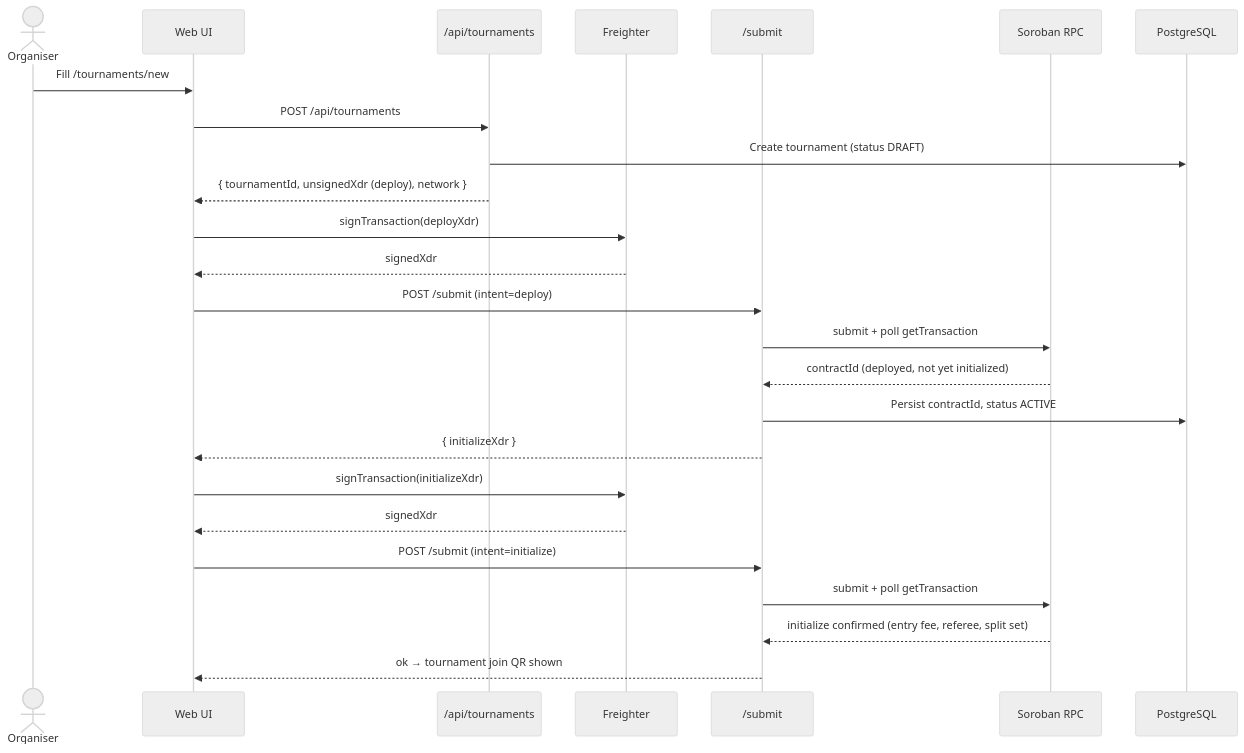
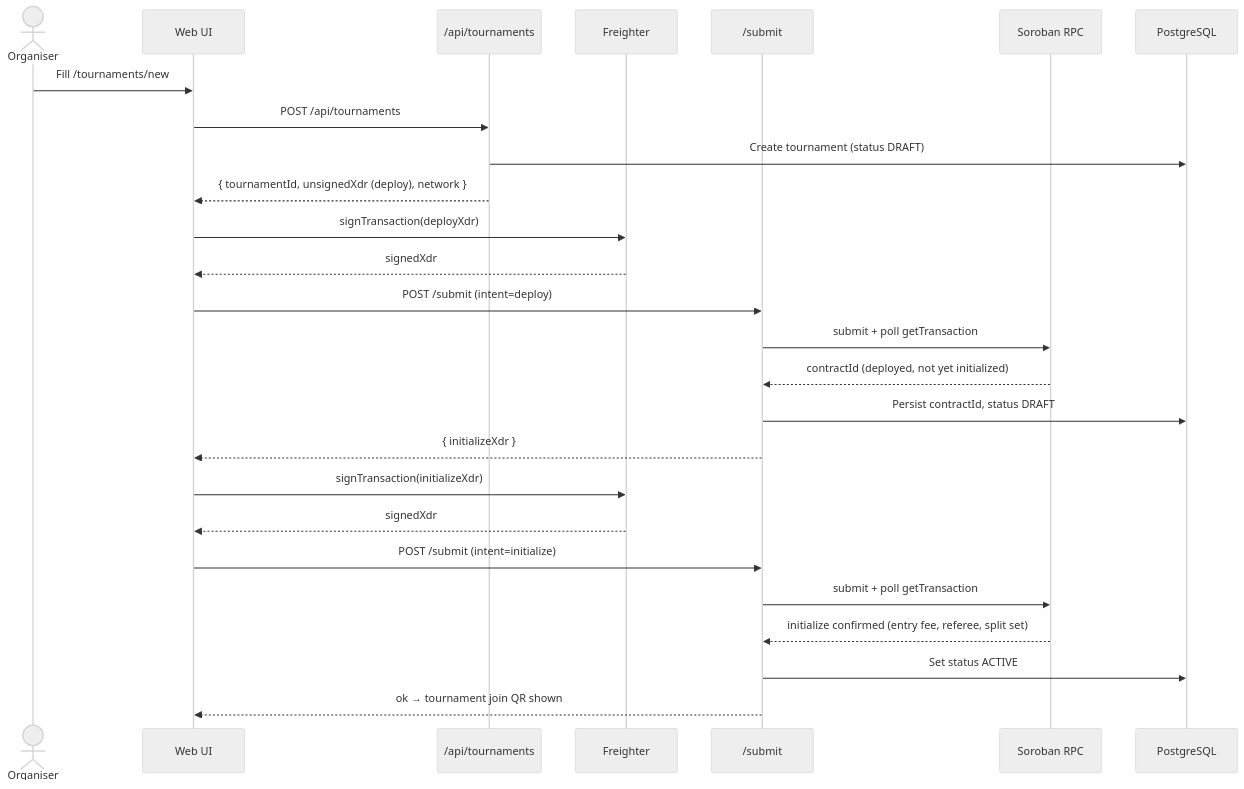
One commit to artisam-ggg/ggg changed the second of 4 diagrams in README.md. Above: the diagram before and after it, drawn with Mermaid (neutral theme). The commit also changed 5 other files, not shown here.

````diff
--- a/README.md
+++ b/README.md
@@ -158,28 +158,29 @@
 ```mermaid
 sequenceDiagram
     actor Org as Organiser
     participant UI as Web UI
     participant API as /api/tournaments
     participant FR as Freighter
     participant SUB as /submit
     participant RPC as Soroban RPC
     participant DB as PostgreSQL
 
     Org->>UI: Fill /tournaments/new
     UI->>API: POST /api/tournaments
     API->>DB: Create tournament (status DRAFT)
     API-->>UI: { tournamentId, unsignedXdr (deploy), network }
     UI->>FR: signTransaction(deployXdr)
     FR-->>UI: signedXdr
     UI->>SUB: POST /submit (intent=deploy)
     SUB->>RPC: submit + poll getTransaction
     RPC-->>SUB: contractId (deployed, not yet initialized)
-    SUB->>DB: Persist contractId, status ACTIVE
+    SUB->>DB: Persist contractId, status DRAFT
     SUB-->>UI: { initializeXdr }
     UI->>FR: signTransaction(initializeXdr)
     FR-->>UI: signedXdr
     UI->>SUB: POST /submit (intent=initialize)
     SUB->>RPC: submit + poll getTransaction
     RPC-->>SUB: initialize confirmed (entry fee, referee, split set)
+    SUB->>DB: Set status ACTIVE
     SUB-->>UI: ok → tournament join QR shown
 ```
````
